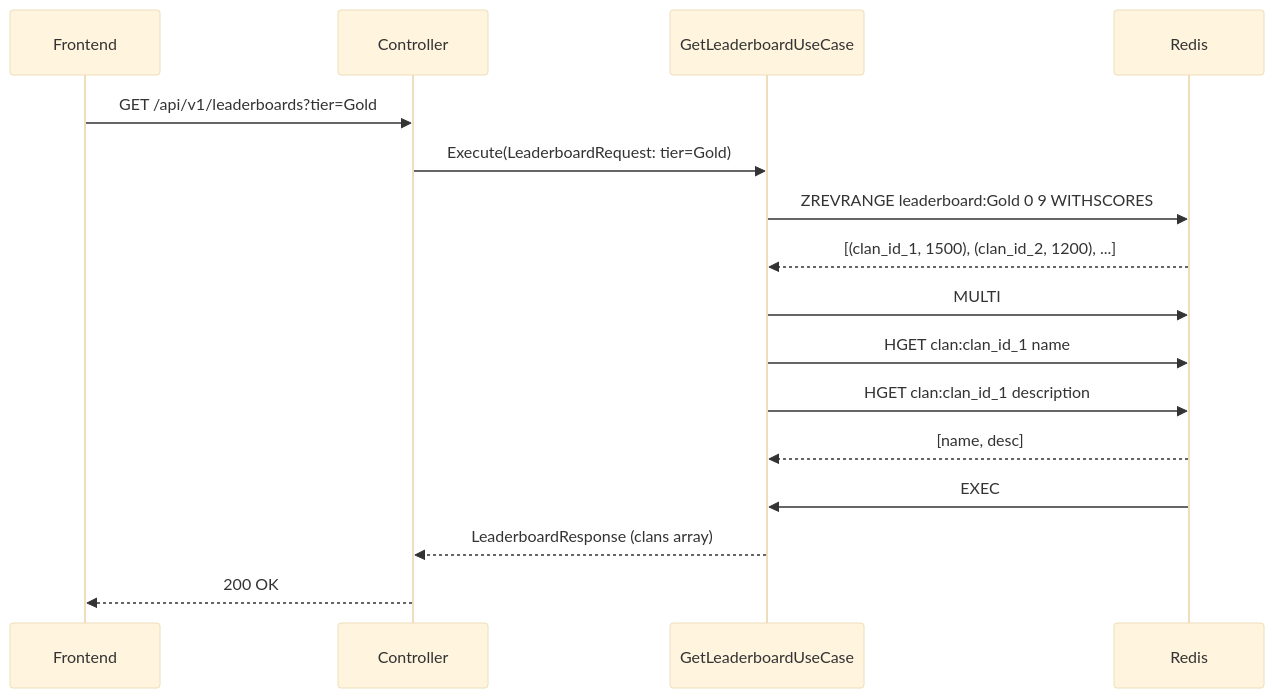
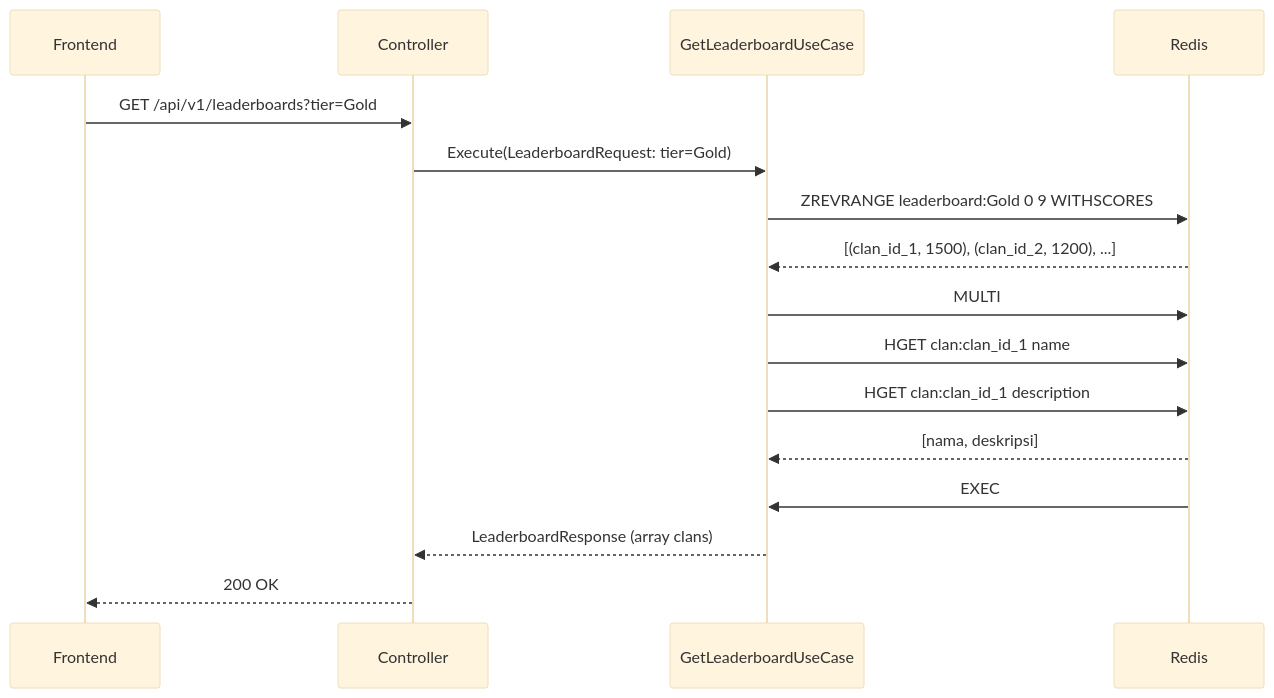
One commit to advprog-2026-A14-project/yomu-docs changed the second of 2 diagrams in content/docs/backend-rust/league.mdx. Above: the diagram before and after it, drawn with Mermaid (base theme). The commit also changed other lines of this file and 30 other files, not shown here.

````diff
--- a/content/docs/backend-rust/league.mdx
+++ b/content/docs/backend-rust/league.mdx
@@ -123,21 +123,21 @@
 ```mermaid
 sequenceDiagram
     participant Frontend
     participant Controller
     participant GetLeaderboardUseCase
     participant Redis
 
     Frontend->>Controller: GET /api/v1/leaderboards?tier=Gold
     Controller->>GetLeaderboardUseCase: Execute(LeaderboardRequest: tier=Gold)
     GetLeaderboardUseCase->>Redis: ZREVRANGE leaderboard:Gold 0 9 WITHSCORES
     Redis-->>GetLeaderboardUseCase: [(clan_id_1, 1500), (clan_id_2, 1200), ...]
     
     GetLeaderboardUseCase->>Redis: MULTI
     GetLeaderboardUseCase->>Redis: HGET clan:clan_id_1 name
     GetLeaderboardUseCase->>Redis: HGET clan:clan_id_1 description
-    Redis-->>GetLeaderboardUseCase: [name, desc]
+    Redis-->>GetLeaderboardUseCase: [nama, deskripsi]
     
     Redis->>GetLeaderboardUseCase: EXEC
-    GetLeaderboardUseCase-->>Controller: LeaderboardResponse (clans array)
+    GetLeaderboardUseCase-->>Controller: LeaderboardResponse (array clans)
     Controller-->>Frontend: 200 OK
 ```
````
